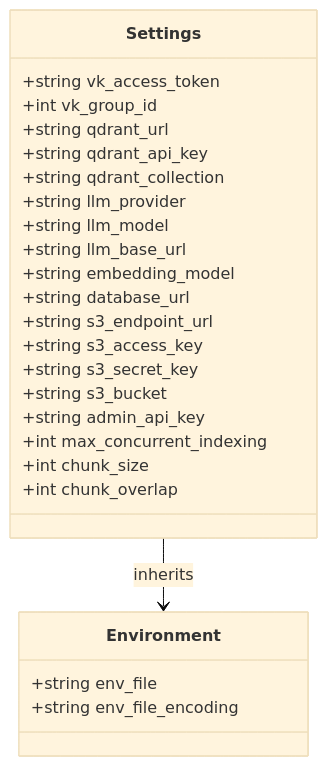
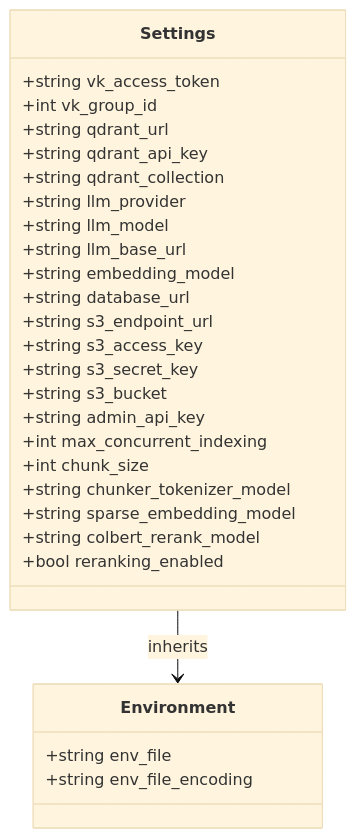
Before and after one commit to ognelis/cafetera_hr_bot: diagram 23 of 25 in .qoder/repowiki/en/content/Document Management System.md, drawn with Mermaid (base theme). The commit also changed other lines of this file and 5 other files, not shown here.

````diff
--- a/.qoder/repowiki/en/content/Document Management System.md
+++ b/.qoder/repowiki/en/content/Document Management System.md
@@ -2415,28 +2448,31 @@
 ```mermaid
 classDiagram
 class Settings {
 +string vk_access_token
 +int vk_group_id
 +string qdrant_url
 +string qdrant_api_key
 +string qdrant_collection
 +string llm_provider
 +string llm_model
 +string llm_base_url
 +string embedding_model
 +string database_url
 +string s3_endpoint_url
 +string s3_access_key
 +string s3_secret_key
 +string s3_bucket
 +string admin_api_key
 +int max_concurrent_indexing
 +int chunk_size
-+int chunk_overlap
++string chunker_tokenizer_model
++string sparse_embedding_model
++string colbert_rerank_model
++bool reranking_enabled
 }
 class Environment {
 +string env_file
 +string env_file_encoding
 }
 Settings --> Environment : inherits
 ```
````
